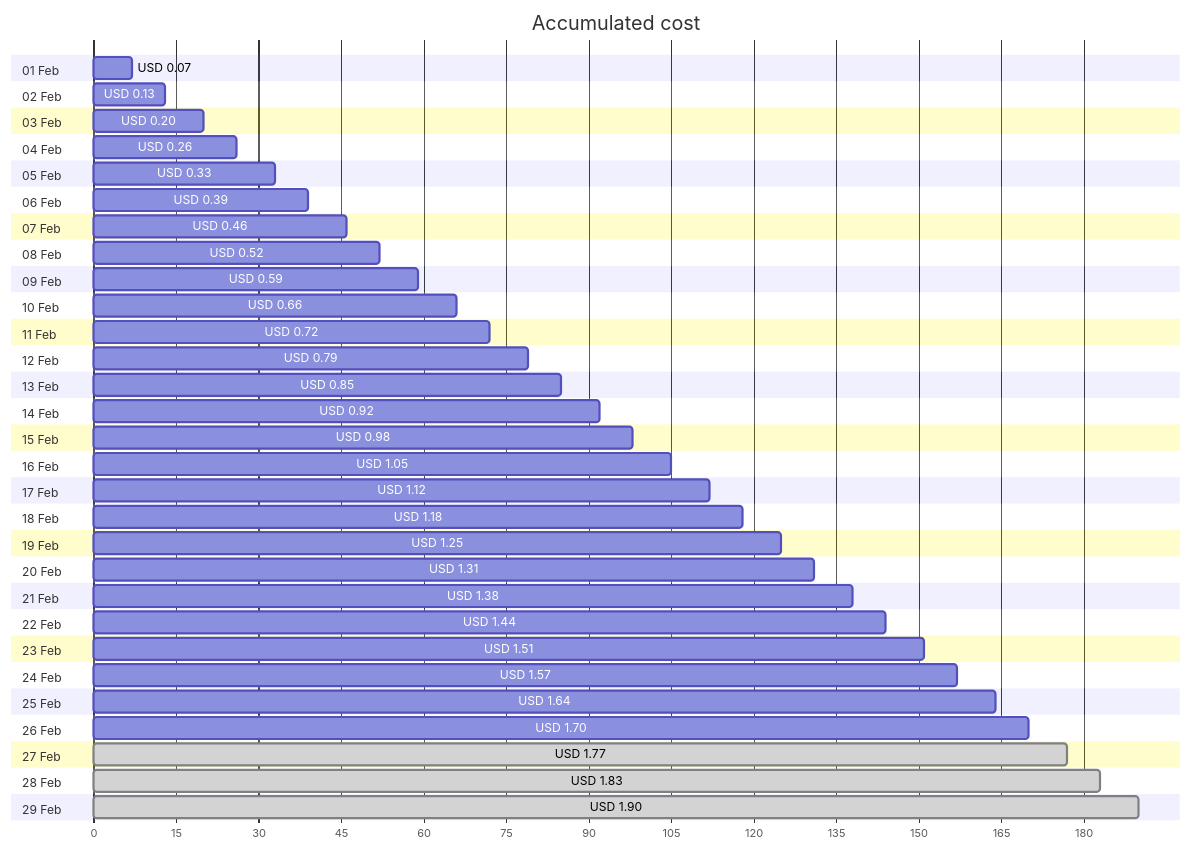
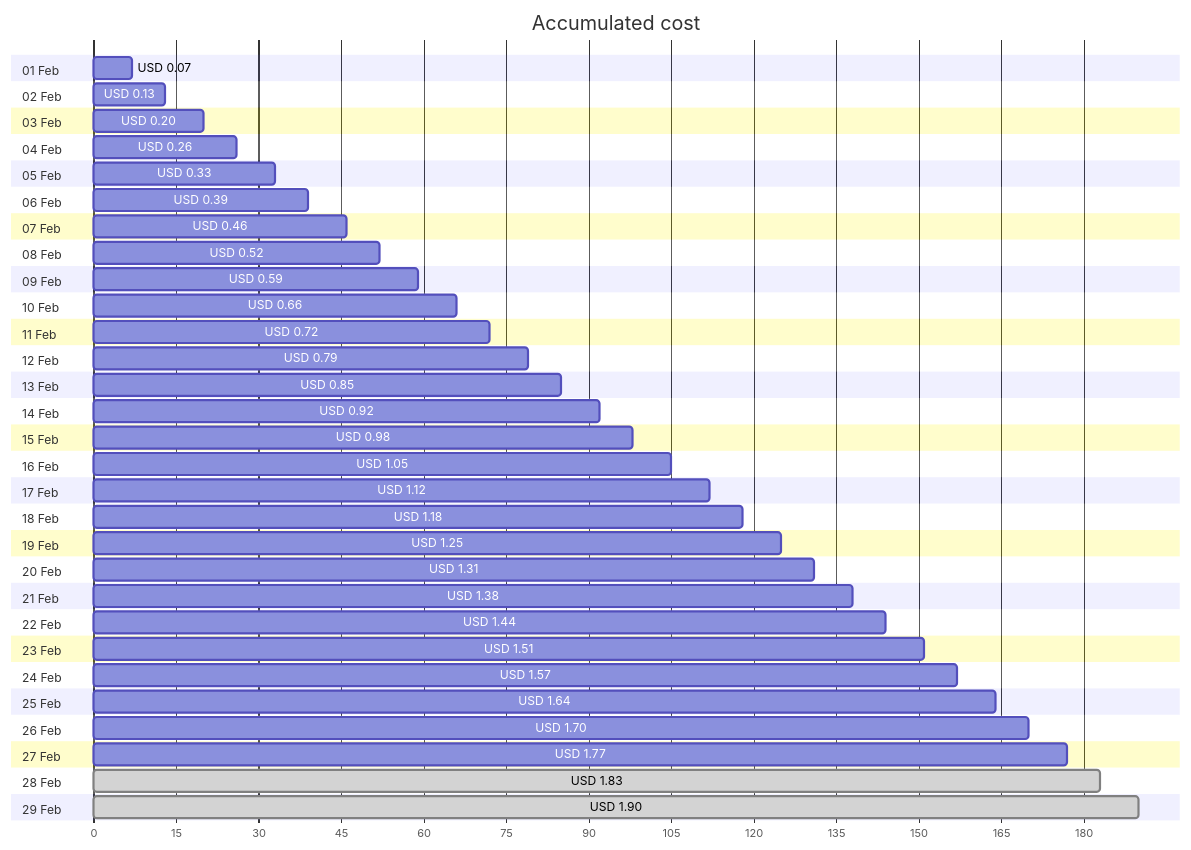
One commit to jpfulton/azure-personal-reports changed the first of 4 diagrams in cost-reports/personal-network/vpn-server_OsDisk.md. Above: the diagram before and after it, drawn with Mermaid. The commit also changed other lines of this file and 8 other files, not shown here.

````diff
--- a/cost-reports/personal-network/vpn-server_OsDisk.md
+++ b/cost-reports/personal-network/vpn-server_OsDisk.md
@@ -20,64 +20,64 @@
 ```mermaid
 gantt
    title Accumulated cost
    dateFormat  X
    axisFormat %s
    section 01 Feb
    USD 0.07 :0, 7
    section 02 Feb
    USD 0.13 :0, 13
    section 03 Feb
    USD 0.20 :0, 20
    section 04 Feb
    USD 0.26 :0, 26
    section 05 Feb
    USD 0.33 :0, 33
    section 06 Feb
    USD 0.39 :0, 39
    section 07 Feb
    USD 0.46 :0, 46
    section 08 Feb
    USD 0.52 :0, 52
    section 09 Feb
    USD 0.59 :0, 59
    section 10 Feb
    USD 0.66 :0, 66
    section 11 Feb
    USD 0.72 :0, 72
    section 12 Feb
    USD 0.79 :0, 79
    section 13 Feb
    USD 0.85 :0, 85
    section 14 Feb
    USD 0.92 :0, 92
    section 15 Feb
    USD 0.98 :0, 98
    section 16 Feb
    USD 1.05 :0, 105
    section 17 Feb
    USD 1.12 :0, 112
    section 18 Feb
    USD 1.18 :0, 118
    section 19 Feb
    USD 1.25 :0, 125
    section 20 Feb
    USD 1.31 :0, 131
    section 21 Feb
    USD 1.38 :0, 138
    section 22 Feb
    USD 1.44 :0, 144
    section 23 Feb
    USD 1.51 :0, 151
    section 24 Feb
    USD 1.57 :0, 157
    section 25 Feb
    USD 1.64 :0, 164
    section 26 Feb
    USD 1.70 :0, 170
    section 27 Feb
-   USD 1.77 : done, 0, 177
+   USD 1.77 :0, 177
    section 28 Feb
    USD 1.83 : done, 0, 183
    section 29 Feb
    USD 1.90 : done, 0, 190
 ```
````
